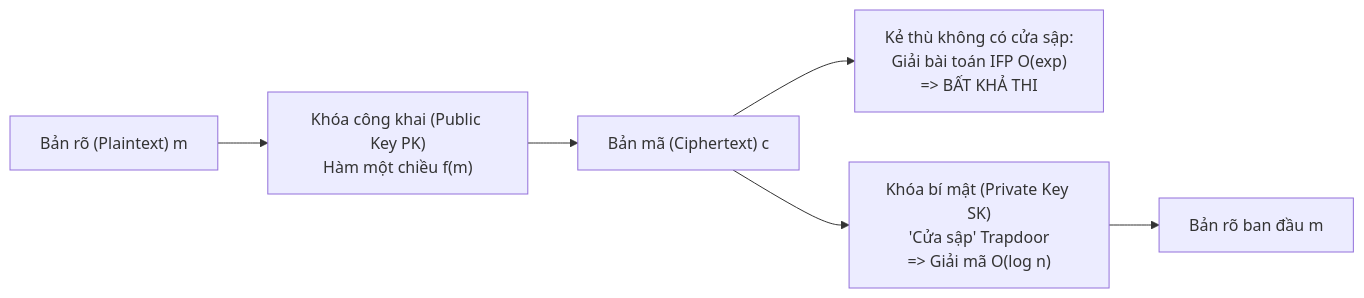
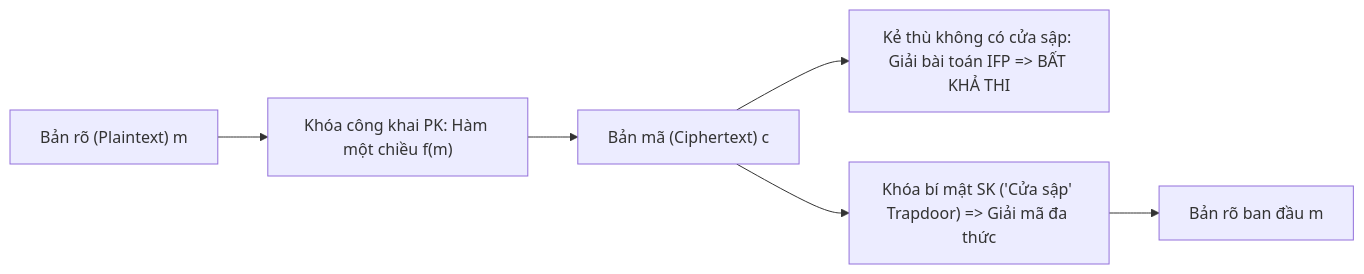
The first of 4 diagrams in bao_cao_rsa.md (thuann2212/IS-TEXT-), drawn with Mermaid before and after one commit. The commit also changed other lines of this file and 8 other files, not shown here.

````diff
--- a/bao_cao_rsa.md
+++ b/bao_cao_rsa.md
@@ -25,8 +26,8 @@
 ```mermaid
 flowchart LR
-    A["Bản rõ (Plaintext) m"] --> B["Khóa công khai (Public Key PK)\nHàm một chiều f(m)"]
+    A["Bản rõ (Plaintext) m"] --> B["Khóa công khai PK: Hàm một chiều f(m)"]
     B --> C["Bản mã (Ciphertext) c"]
-    C --> D["Kẻ thù không có cửa sập:\nGiải bài toán IFP O(exp)\n=> BẤT KHẢ THI"]
-    C --> E["Khóa bí mật (Private Key SK)\n'Cửa sập' Trapdoor\n=> Giải mã O(log n)"]
+    C --> D["Kẻ thù không có cửa sập: Giải bài toán IFP => BẤT KHẢ THI"]
+    C --> E["Khóa bí mật SK ('Cửa sập' Trapdoor) => Giải mã đa thức"]
     E --> F["Bản rõ ban đầu m"]
 ```
````
